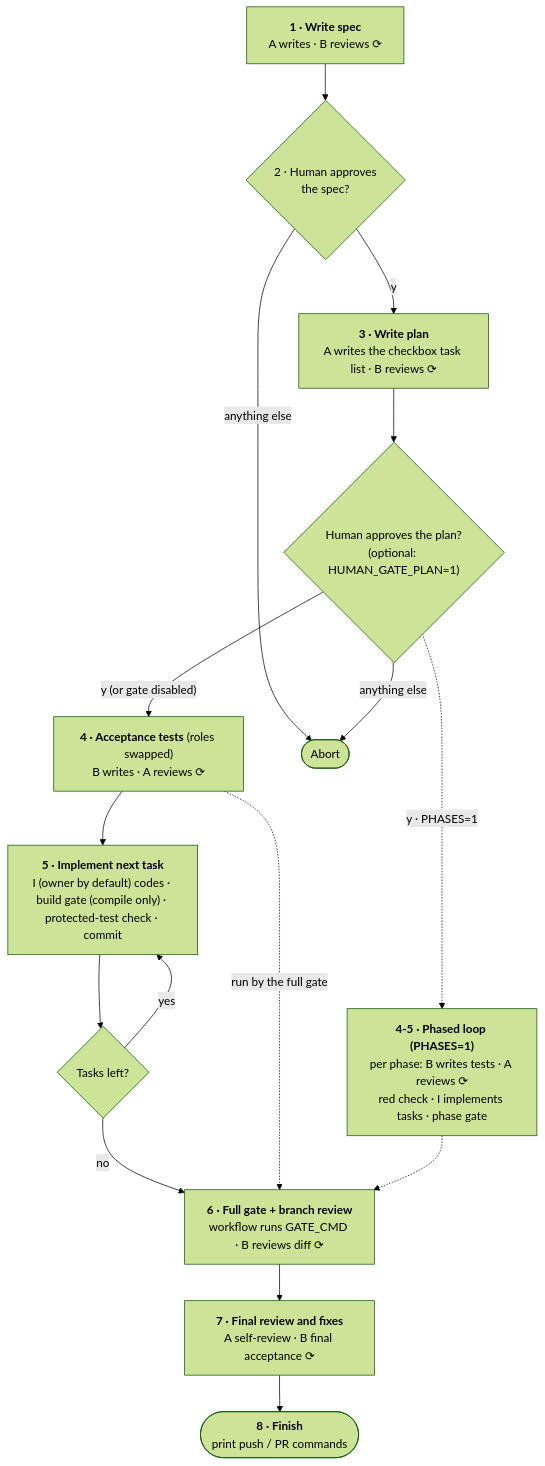
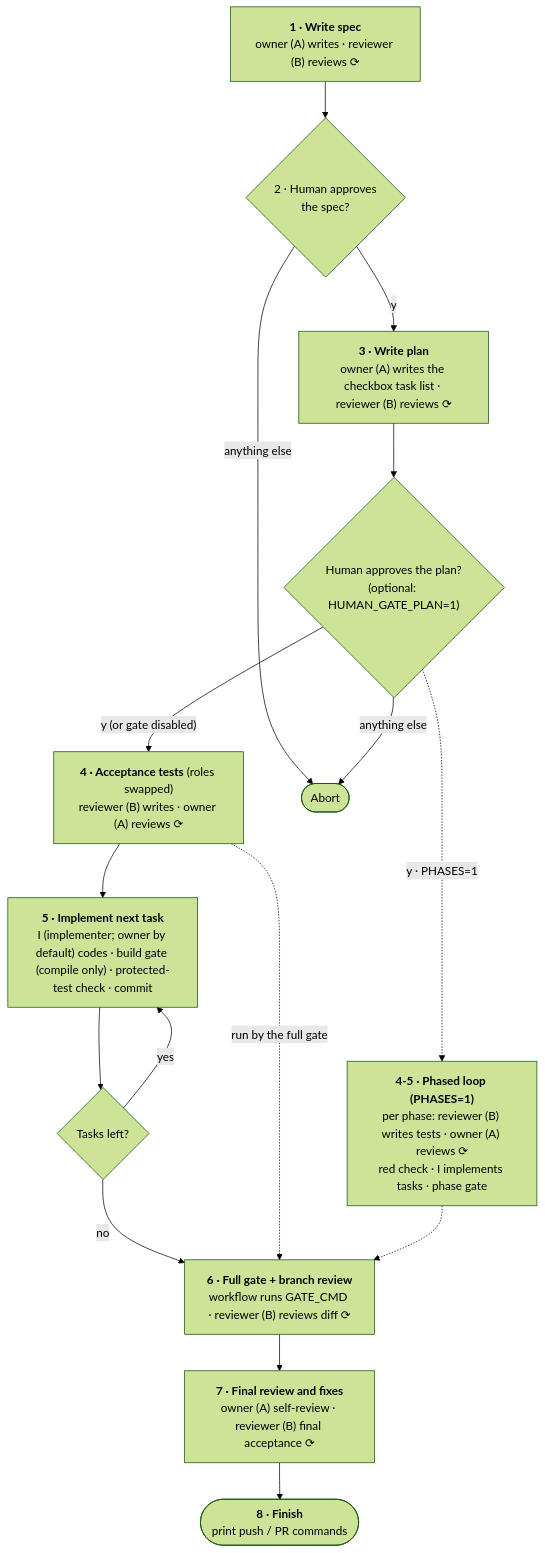
Before and after one commit to yhchiu/adversarial-ai-coding: the first of 2 diagrams in docs/how-it-works.md, drawn with Mermaid (forest theme). The commit also changed other lines of this file and 3 other files, not shown here.

First line of the commit message:
docs: name owner, reviewer, and implementer in the READMEs

````diff
--- a/docs/how-it-works.md
+++ b/docs/how-it-works.md
@@ -26,28 +28,28 @@
 ```mermaid
 flowchart TD
-    spec["<b>1 · Write spec</b><br/>A writes · B reviews ⟳"]
+    spec["<b>1 · Write spec</b><br/>owner (A) writes · reviewer (B) reviews ⟳"]
     gate{"2 · Human approves<br/>the spec?"}
-    plan["<b>3 · Write plan</b><br/>A writes the checkbox task list · B reviews ⟳"]
+    plan["<b>3 · Write plan</b><br/>owner (A) writes the checkbox task list · reviewer (B) reviews ⟳"]
     plangate{"Human approves the plan?<br/>(optional: HUMAN_GATE_PLAN=1)"}
-    tests["<b>4 · Acceptance tests</b> (roles swapped)<br/>B writes · A reviews ⟳"]
-    task["<b>5 · Implement next task</b><br/>I (owner by default) codes · build gate (compile only) · protected-test check · commit"]
+    tests["<b>4 · Acceptance tests</b> (roles swapped)<br/>reviewer (B) writes · owner (A) reviews ⟳"]
+    task["<b>5 · Implement next task</b><br/>I (implementer; owner by default) codes · build gate (compile only) · protected-test check · commit"]
     more{"Tasks left?"}
-    branch["<b>6 · Full gate + branch review</b><br/>workflow runs GATE_CMD · B reviews diff ⟳"]
-    final["<b>7 · Final review and fixes</b><br/>A self-review · B final acceptance ⟳"]
+    branch["<b>6 · Full gate + branch review</b><br/>workflow runs GATE_CMD · reviewer (B) reviews diff ⟳"]
+    final["<b>7 · Final review and fixes</b><br/>owner (A) self-review · reviewer (B) final acceptance ⟳"]
     fin(["<b>8 · Finish</b><br/>print push / PR commands"])
     abort(["Abort"])
 
     spec --> gate
     gate -- "y" --> plan
     gate -- "anything else" --> abort
     plan --> plangate
     plangate -- "y (or gate disabled)" --> tests
     plangate -- "anything else" --> abort
     tests --> task --> more
     more -- "yes" --> task
     more -- "no" --> branch --> final --> fin
     tests -. "run by the full gate" .-> branch
-    phased["<b>4-5 · Phased loop (PHASES=1)</b><br/>per phase: B writes tests · A reviews ⟳<br/>red check · I implements tasks · phase gate"]
+    phased["<b>4-5 · Phased loop (PHASES=1)</b><br/>per phase: reviewer (B) writes tests · owner (A) reviews ⟳<br/>red check · I implements tasks · phase gate"]
     plangate -. "y · PHASES=1" .-> phased
     phased -.-> branch
 ```
````
